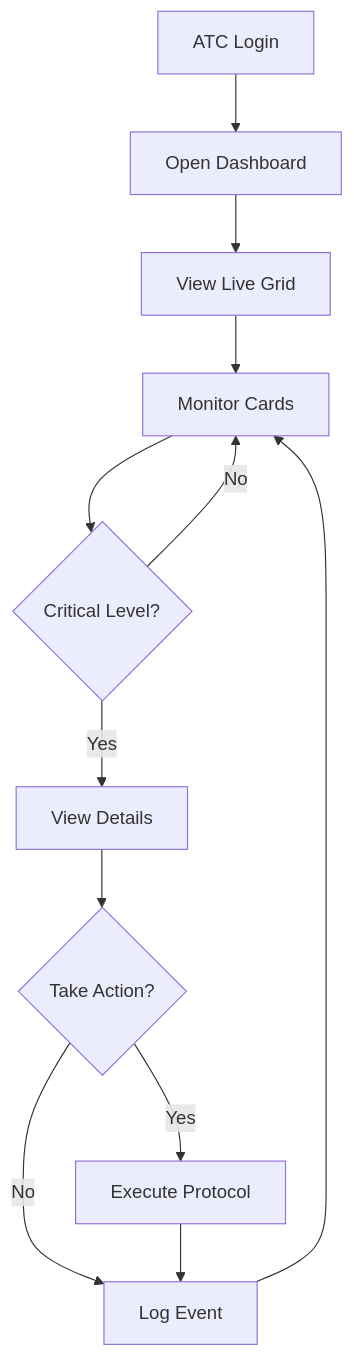
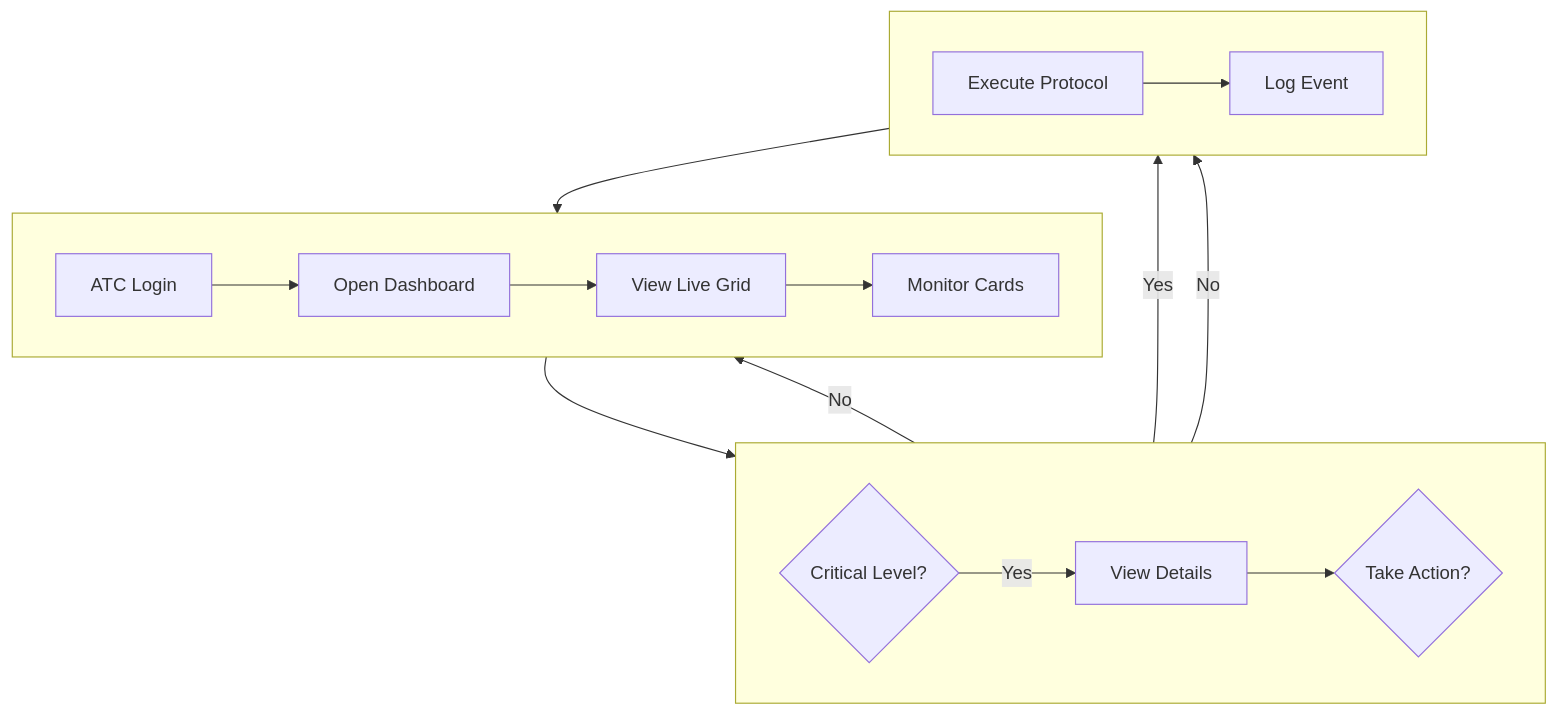
Before and after one commit to RoundRobinHood/cogniflight-cloud: the fifth of 10 diagrams in docs/SEN3781_Assignment4_Information_Architecture_Report.md, drawn with Mermaid. The commit also changed other lines of this file, not shown here.

Commit message:
improved diagram readability

````diff
--- a/docs/SEN3781_Assignment4_Information_Architecture_Report.md
+++ b/docs/SEN3781_Assignment4_Information_Architecture_Report.md
@@ -251,13 +269,20 @@
 ```mermaid
-flowchart TD
-    A[ATC Login] --> B[Open Dashboard]
-    B --> C[View Live Grid] --> D[Monitor Cards]
-    D --> E{Critical Level?}
+flowchart TB
+    subgraph row1[" "]
+        direction LR
+        A[ATC Login] --> B[Open Dashboard] --> C[View Live Grid] --> D[Monitor Cards]
+    end
+    subgraph row2[" "]
+        direction LR
+        E{Critical Level?} -->|Yes| F[View Details] --> G{Take Action?}
+    end
+    subgraph row3[" "]
+        direction LR
+        H[Execute Protocol] --> I[Log Event]
+    end
+    D --> E
     E -->|No| D
-    E -->|Yes| F[View Details]
-    F --> G{Take Action?}
-    G -->|Yes| H[Execute Protocol]
-    G -->|No| I[Log Event]
-    H --> I
+    G -->|Yes| H
+    G -->|No| I
     I --> D
 ```
````
